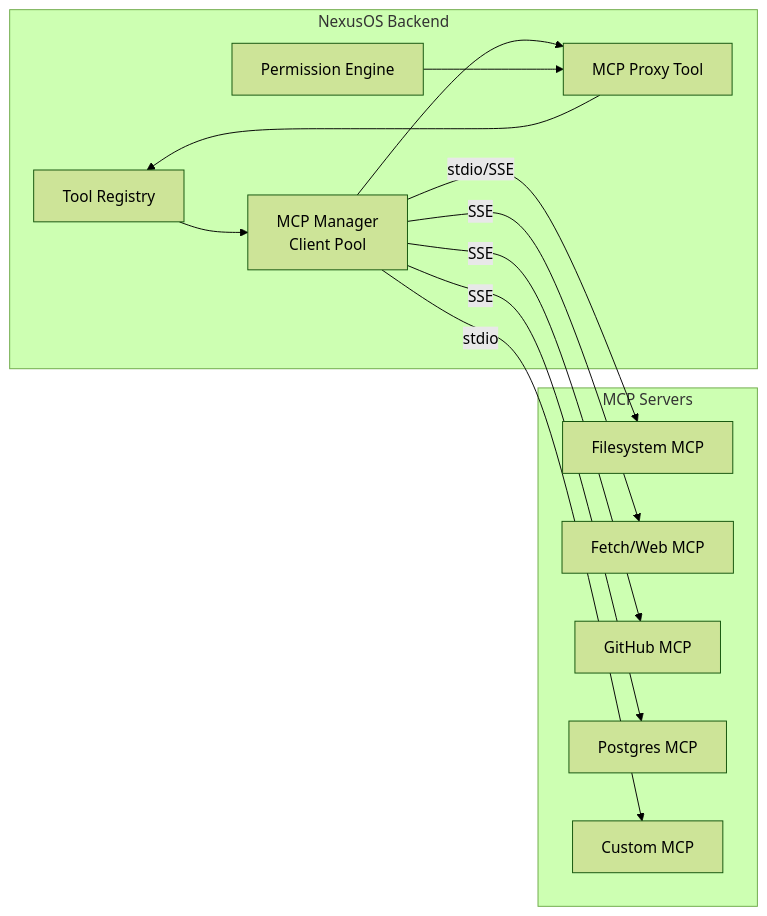
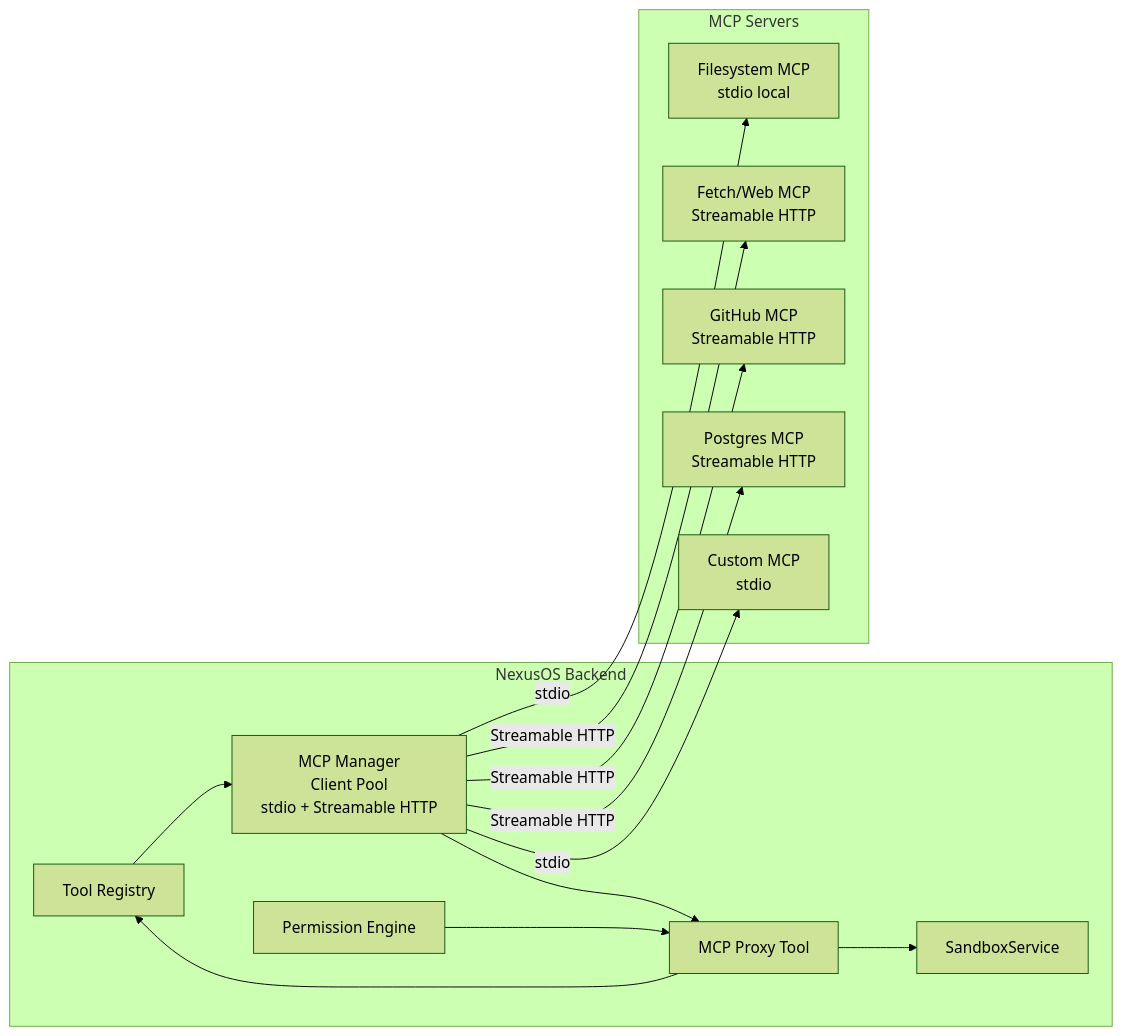
The fourth of 17 diagrams in docs/architecture.md (revzzricky-arch/nexus-os), drawn with Mermaid (forest theme) before and after one commit. The commit also changed other lines of this file and 12 other files, not shown here.

````diff
--- a/docs/architecture.md
+++ b/docs/architecture.md
@@ -494,27 +516,29 @@
 ```mermaid
 graph LR
     subgraph NexusOS Backend
         Registry[Tool Registry]
         Perm[Permission Engine]
-        MCPMgr[MCP Manager<br/>Client Pool]
+        MCPMgr[MCP Manager<br/>Client Pool<br/>stdio + Streamable HTTP]
         Proxy[MCP Proxy Tool]
+        Sandbox[SandboxService]
     end
 
     subgraph MCP Servers
-        FS[Filesystem MCP]
-        Fetch[Fetch/Web MCP]
-        GitHub[GitHub MCP]
-        PostgresMCP[Postgres MCP]
-        Custom[Custom MCP]
+        FS[Filesystem MCP<br/>stdio local]
+        Fetch[Fetch/Web MCP<br/>Streamable HTTP]
+        GitHub[GitHub MCP<br/>Streamable HTTP]
+        PostgresMCP[Postgres MCP<br/>Streamable HTTP]
+        Custom[Custom MCP<br/>stdio]
     end
 
     Registry --> MCPMgr
-    MCPMgr -- stdio/SSE --> FS
-    MCPMgr -- SSE --> Fetch
-    MCPMgr -- SSE --> GitHub
-    MCPMgr -- SSE --> PostgresMCP
+    MCPMgr -- stdio --> FS
+    MCPMgr -- Streamable HTTP --> Fetch
+    MCPMgr -- Streamable HTTP --> GitHub
+    MCPMgr -- Streamable HTTP --> PostgresMCP
     MCPMgr -- stdio --> Custom
     MCPMgr --> Proxy
     Proxy --> Registry
     Perm --> Proxy
+    Proxy --> Sandbox
 ```
````
